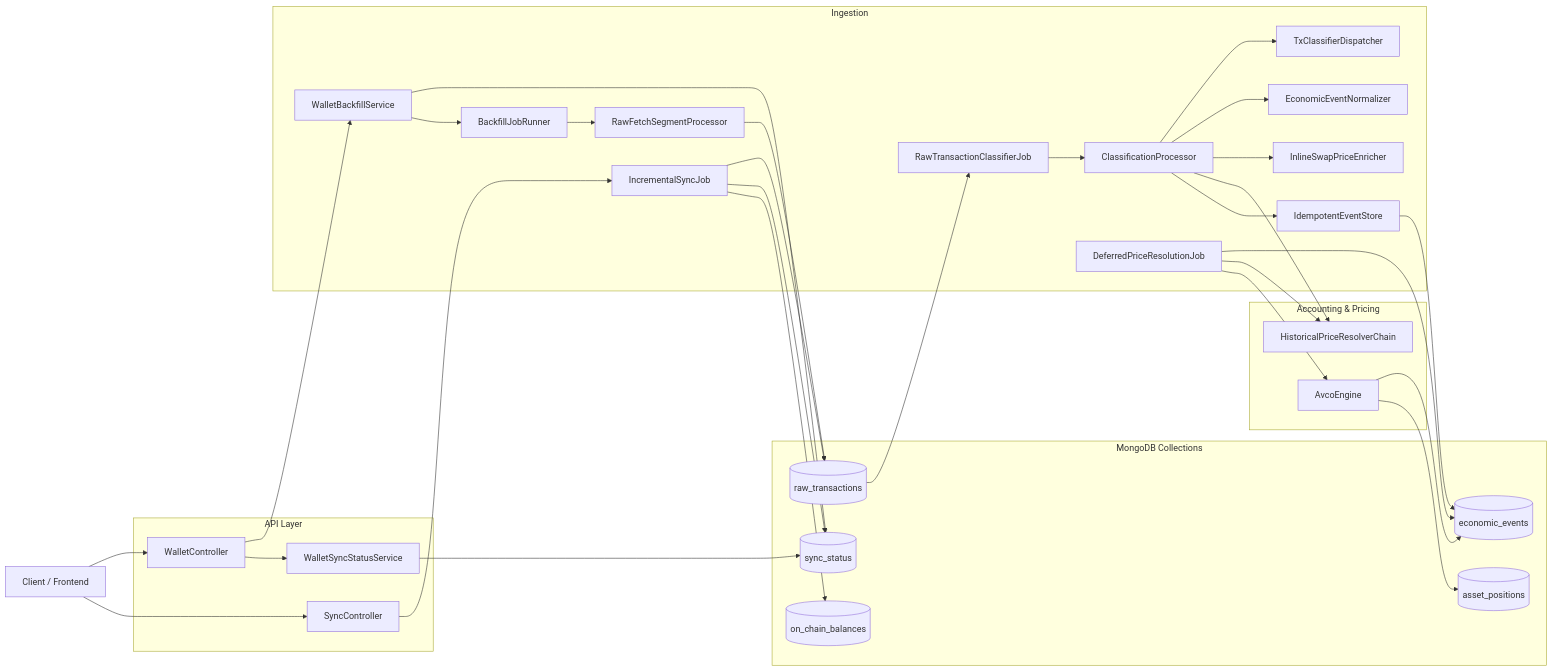
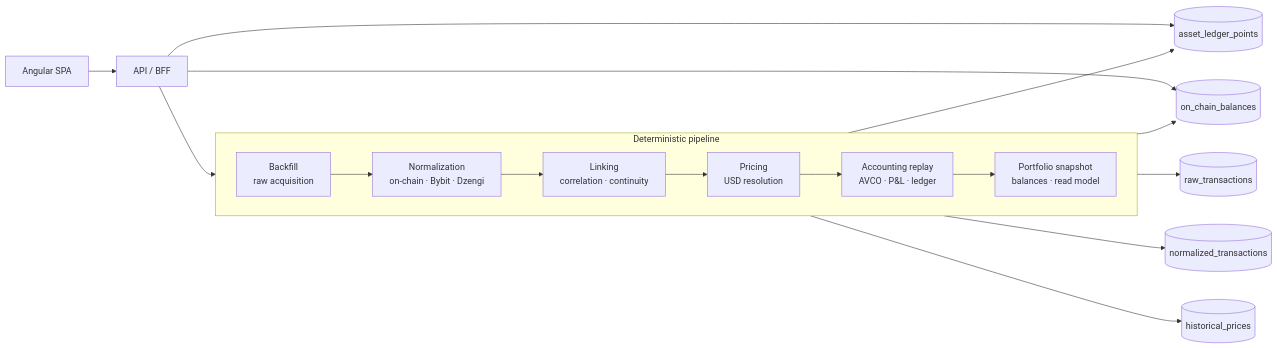
One commit to Volad/wallet-radar changed the diagram in README.md. Above: the diagram before and after it, drawn with Mermaid. The commit also changed other lines of this file and 456 other files, not shown here.

````diff
--- a/README.md
+++ b/README.md
@@ -10,70 +39,22 @@
 ```mermaid
 flowchart LR
-    UI[Client / Frontend]
+    UI[Angular SPA] --> API[API / BFF]
 
-    subgraph API[API Layer]
-        WalletController
-        SyncController
-        WalletSyncStatusService
+    subgraph PIPE[Deterministic pipeline]
+      direction LR
+      BF[Backfill<br/>raw acquisition] --> NORM[Normalization<br/>on-chain · Bybit · Dzengi]
+      NORM --> LINK[Linking<br/>correlation · continuity]
+      LINK --> PRICE[Pricing<br/>USD resolution]
+      PRICE --> REPLAY[Accounting replay<br/>AVCO · P&L · ledger]
+      REPLAY --> SNAP[Portfolio snapshot<br/>balances · read model]
     end
 
-    subgraph ING[Ingestion]
-        WalletBackfillService
-        BackfillJobRunner
-        RawFetchSegmentProcessor
-        RawTransactionClassifierJob
-        ClassificationProcessor
-        TxClassifierDispatcher
-        EconomicEventNormalizer
-        InlineSwapPriceEnricher
-        IdempotentEventStore
-        DeferredPriceResolutionJob
-        IncrementalSyncJob
-    end
-
-    subgraph ACC[Accounting & Pricing]
-        HistoricalPriceResolverChain
-        AvcoEngine
-    end
-
-    subgraph DB["MongoDB Collections"]
-        SyncStatus[(sync_status)]
-        RawTx[(raw_transactions)]
-        EconomicEvents[(economic_events)]
-        AssetPositions[(asset_positions)]
-        OnChainBalances[(on_chain_balances)]
-    end
-
-    UI --> WalletController
-    UI --> SyncController
-    WalletController --> WalletBackfillService
-    WalletController --> WalletSyncStatusService
-    WalletSyncStatusService --> SyncStatus
-
-    WalletBackfillService --> SyncStatus
-    WalletBackfillService --> BackfillJobRunner
-    BackfillJobRunner --> RawFetchSegmentProcessor
-    RawFetchSegmentProcessor --> RawTx
-
-    RawTx --> RawTransactionClassifierJob
-    RawTransactionClassifierJob --> ClassificationProcessor
-    ClassificationProcessor --> TxClassifierDispatcher
-    ClassificationProcessor --> EconomicEventNormalizer
-    ClassificationProcessor --> InlineSwapPriceEnricher
-    ClassificationProcessor --> HistoricalPriceResolverChain
-    ClassificationProcessor --> IdempotentEventStore
-    IdempotentEventStore --> EconomicEvents
-
-    DeferredPriceResolutionJob --> EconomicEvents
-    DeferredPriceResolutionJob --> HistoricalPriceResolverChain
-    DeferredPriceResolutionJob --> AvcoEngine
-
-    AvcoEngine --> EconomicEvents
-    AvcoEngine --> AssetPositions
-
-    SyncController --> IncrementalSyncJob
-    IncrementalSyncJob --> RawTx
-    IncrementalSyncJob --> SyncStatus
-
-    IncrementalSyncJob --> OnChainBalances
+    API --> PIPE
+    BF --> RAW[(raw_transactions)]
+    NORM --> NT[(normalized_transactions)]
+    REPLAY --> LP[(asset_ledger_points)]
+    SNAP --> BAL[(on_chain_balances)]
+    PRICE --> HP[(historical_prices)]
+    API --> LP
+    API --> BAL
 ```
````
